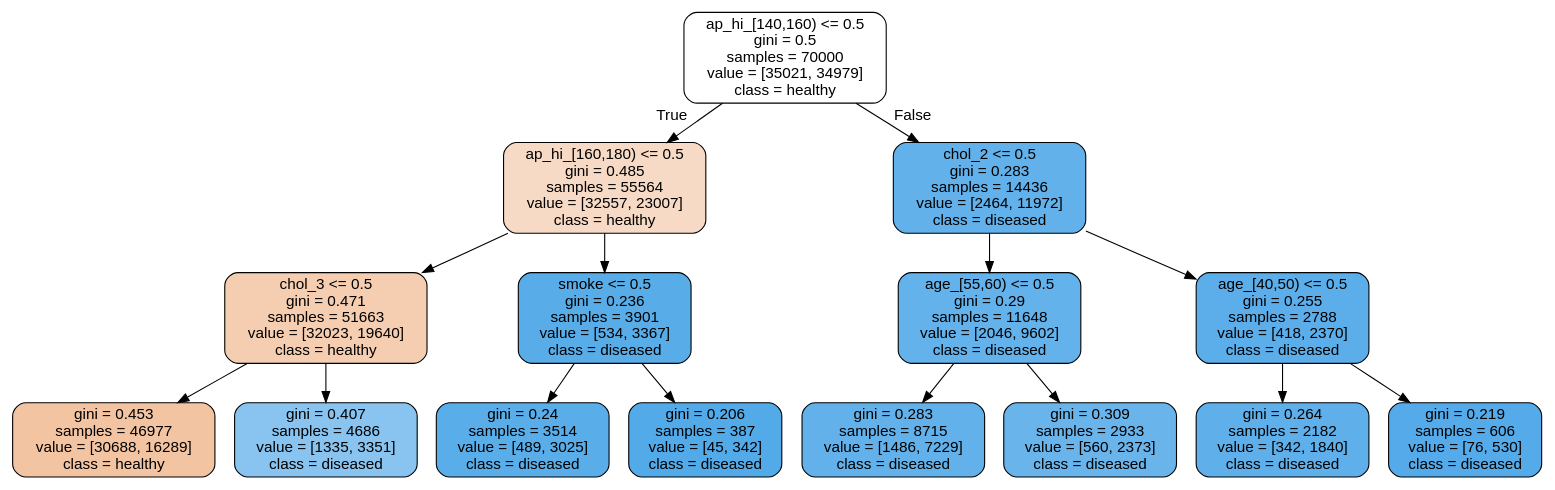
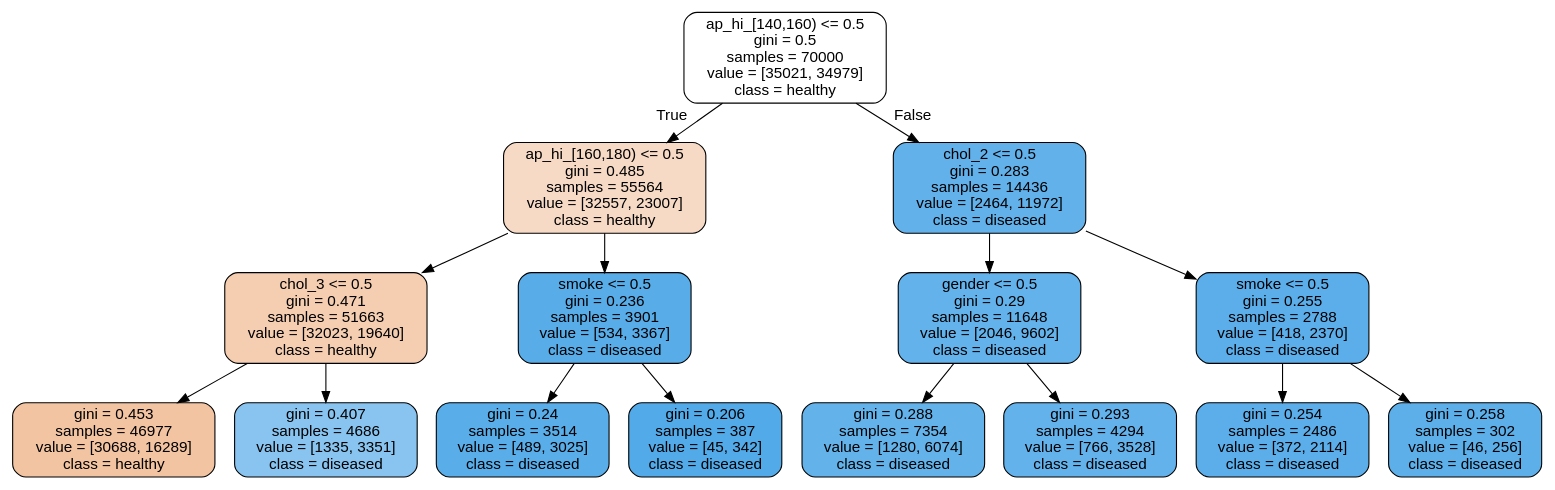
The diagram in tree2.dot (Kodluyoruz-Veri-Bilimi-Bootcamp/assignment2-classification-nbsas), drawn with Graphviz before and after one commit. The commit also changed 1 other file, not shown here.

```diff
--- a/tree2.dot
+++ b/tree2.dot
@@ -1,33 +1,33 @@
 digraph Tree {
 node [shape=box, style="filled, rounded", color="black", fontname=helvetica] ;
 edge [fontname=helvetica] ;
 0 [label="ap_hi_[140,160) <= 0.5\ngini = 0.5\nsamples = 70000\nvalue = [35021, 34979]\nclass = healthy", fillcolor="#ffffff"] ;
 1 [label="ap_hi_[160,180) <= 0.5\ngini = 0.485\nsamples = 55564\nvalue = [32557, 23007]\nclass = healthy", fillcolor="#f7dac5"] ;
 0 -> 1 [labeldistance=2.5, labelangle=45, headlabel="True"] ;
 2 [label="chol_3 <= 0.5\ngini = 0.471\nsamples = 51663\nvalue = [32023, 19640]\nclass = healthy", fillcolor="#f5ceb2"] ;
 1 -> 2 ;
 3 [label="gini = 0.453\nsamples = 46977\nvalue = [30688, 16289]\nclass = healthy", fillcolor="#f3c4a2"] ;
 2 -> 3 ;
 4 [label="gini = 0.407\nsamples = 4686\nvalue = [1335, 3351]\nclass = diseased", fillcolor="#88c4ef"] ;
 2 -> 4 ;
 5 [label="smoke <= 0.5\ngini = 0.236\nsamples = 3901\nvalue = [534, 3367]\nclass = diseased", fillcolor="#58ade9"] ;
 1 -> 5 ;
 6 [label="gini = 0.24\nsamples = 3514\nvalue = [489, 3025]\nclass = diseased", fillcolor="#59ade9"] ;
 5 -> 6 ;
 7 [label="gini = 0.206\nsamples = 387\nvalue = [45, 342]\nclass = diseased", fillcolor="#53aae8"] ;
 5 -> 7 ;
 8 [label="chol_2 <= 0.5\ngini = 0.283\nsamples = 14436\nvalue = [2464, 11972]\nclass = diseased", fillcolor="#62b1ea"] ;
 0 -> 8 [labeldistance=2.5, labelangle=-45, headlabel="False"] ;
-9 [label="age_[55,60) <= 0.5\ngini = 0.29\nsamples = 11648\nvalue = [2046, 9602]\nclass = diseased", fillcolor="#63b2eb"] ;
+9 [label="gender <= 0.5\ngini = 0.29\nsamples = 11648\nvalue = [2046, 9602]\nclass = diseased", fillcolor="#63b2eb"] ;
 8 -> 9 ;
-10 [label="gini = 0.283\nsamples = 8715\nvalue = [1486, 7229]\nclass = diseased", fillcolor="#62b1ea"] ;
+10 [label="gini = 0.288\nsamples = 7354\nvalue = [1280, 6074]\nclass = diseased", fillcolor="#63b2ea"] ;
 9 -> 10 ;
-11 [label="gini = 0.309\nsamples = 2933\nvalue = [560, 2373]\nclass = diseased", fillcolor="#68b4eb"] ;
+11 [label="gini = 0.293\nsamples = 4294\nvalue = [766, 3528]\nclass = diseased", fillcolor="#64b2eb"] ;
 9 -> 11 ;
-12 [label="age_[40,50) <= 0.5\ngini = 0.255\nsamples = 2788\nvalue = [418, 2370]\nclass = diseased", fillcolor="#5caeea"] ;
+12 [label="smoke <= 0.5\ngini = 0.255\nsamples = 2788\nvalue = [418, 2370]\nclass = diseased", fillcolor="#5caeea"] ;
 8 -> 12 ;
-13 [label="gini = 0.264\nsamples = 2182\nvalue = [342, 1840]\nclass = diseased", fillcolor="#5eafea"] ;
+13 [label="gini = 0.254\nsamples = 2486\nvalue = [372, 2114]\nclass = diseased", fillcolor="#5caeea"] ;
 12 -> 13 ;
-14 [label="gini = 0.219\nsamples = 606\nvalue = [76, 530]\nclass = diseased", fillcolor="#55abe9"] ;
+14 [label="gini = 0.258\nsamples = 302\nvalue = [46, 256]\nclass = diseased", fillcolor="#5dafea"] ;
 12 -> 14 ;
 }
```
